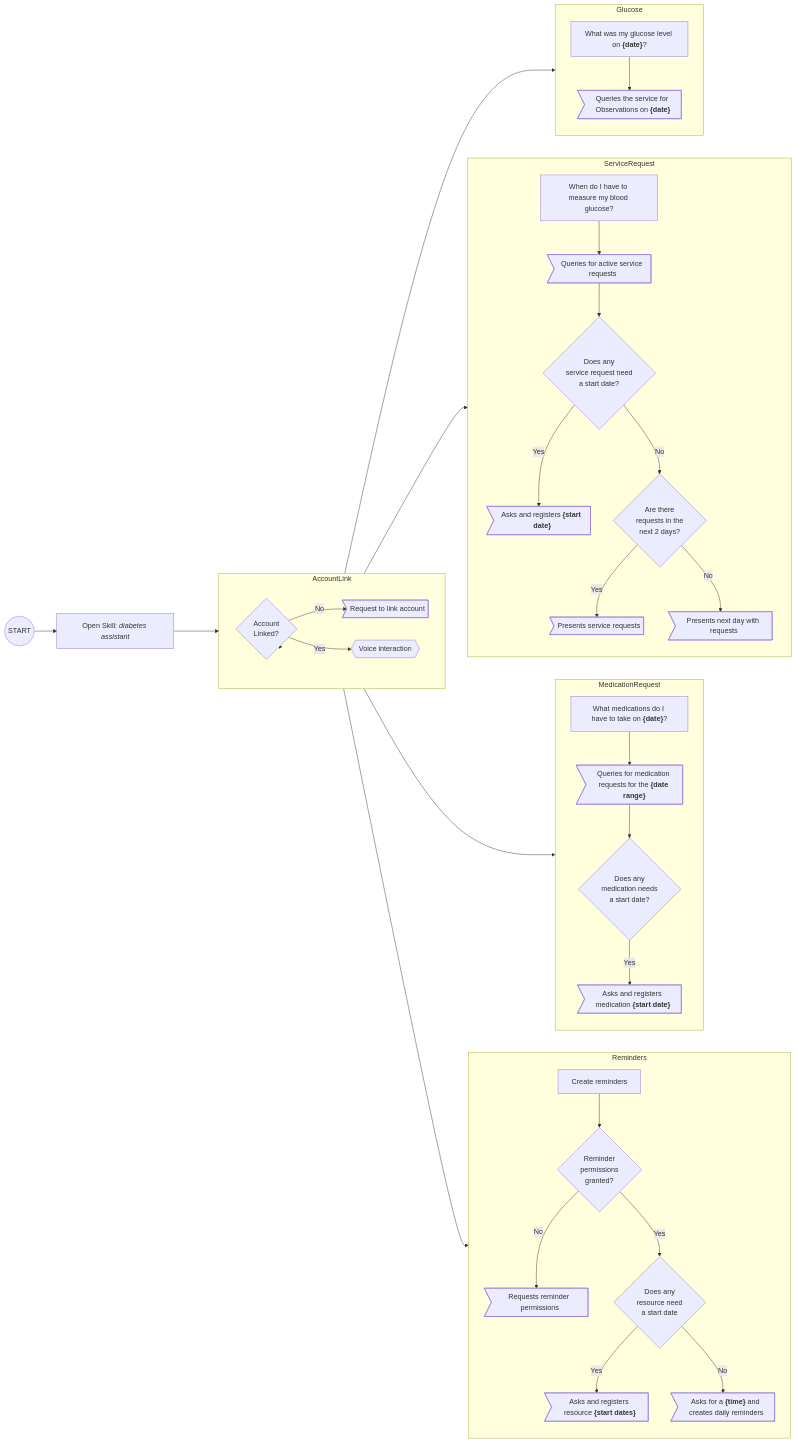
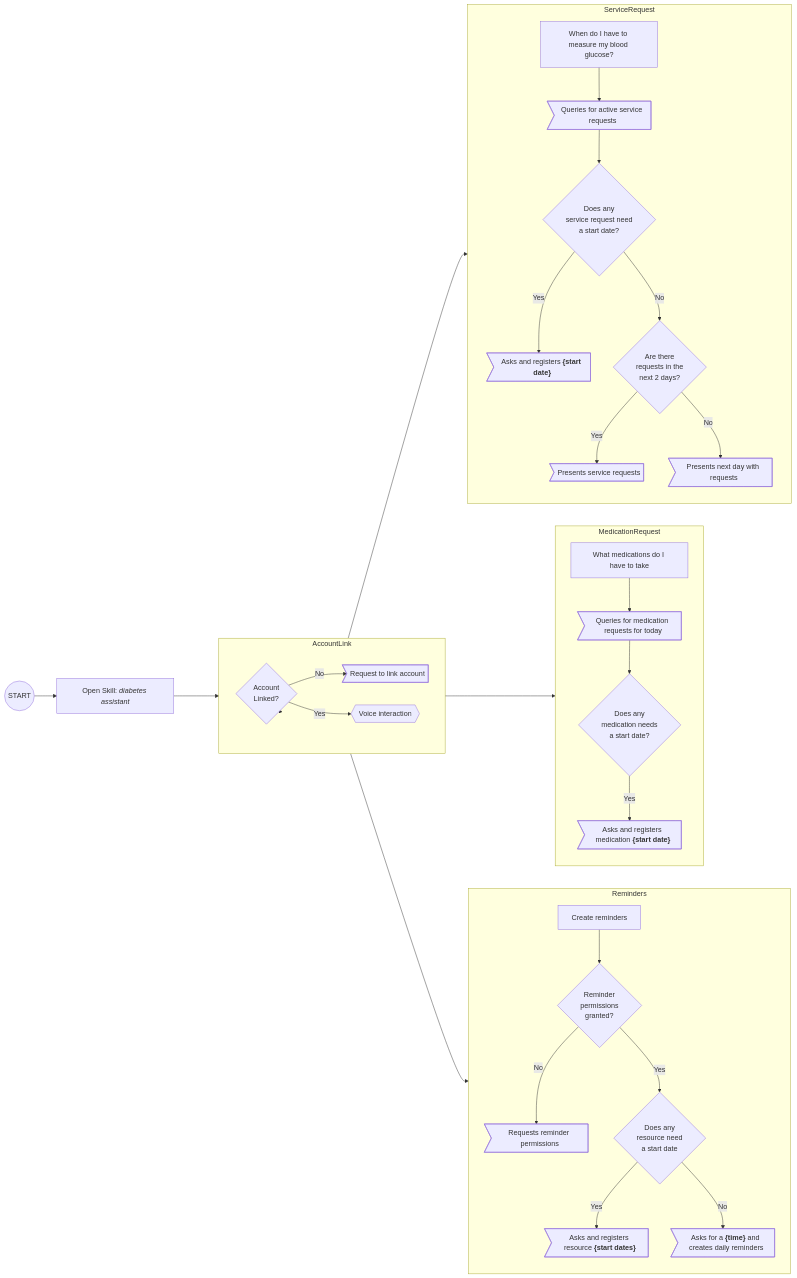
One commit to adonozo/diabetes-assistant-skill changed the fifth of 5 diagrams in alexa-model.md. Above: the diagram before and after it, drawn with Mermaid. The commit also changed other lines of this file, not shown here.

````diff
--- a/alexa-model.md
+++ b/alexa-model.md
@@ -83,74 +72,66 @@
 ```mermaid
 flowchart LR
 
     S((START))
     A1["`Open Skill: *diabetes assistant*`"]
     C1{Account\nLinked?}
     R1>Request to link account]
     VI{{Voice interaction}}
-    R3["`What was my glucose level on **{date}**?`"]
-    A3>"`Queries the service for Observations on **{date}**`"]
-    R4["`What medications do I have to take on **{date}**?`"]
-    A4>"`Queries for medication requests for the **{date range}**`"]
+    R4["`What medications do I have to take`"]
+    A4>"`Queries for medication requests for today`"]
     R5[Create reminders]
     A5A>"`Asks for a **{time}** and creates daily reminders`"]
     C2{Reminder\npermissions\ngranted?}
     A5B>Requests reminder permissions]
     C3{Does any\nmedication needs\na start date?}
     A4B>"`Asks and registers medication **{start date}**`"]
     C4{Does any\nresource need\na start date}
     A6>"`Asks and registers resource **{start dates}**`"]
     R7["When do I have to measure my blood glucose?"]
     A7>"Queries for active service requests"]
     C7{Does any<br>service request need<br>a start date?}
     A7B>"`Asks and registers **{start date}**`"]
     C8{"Are there<br>requests in the<br>next 2 days?"}
     A8A>"Presents service requests"]
     A8B>"Presents next day with requests"]
 
     S --> A1
     A1 ---> C1
 
     AccountLink --> C1
 
     subgraph AccountLink
         direction LR
         C1 -->|No| R1
         C1 -->|Yes| VI
-    end
-
-    VI --> Glucose
-
-    subgraph Glucose
-        R3 --> A3
     end
     
     VI --> ServiceRequest
     
     subgraph ServiceRequest
         R7 --> A7
         A7 --> C7
         C7 -->|Yes| A7B
         C7 -->|No| C8
         C8 -->|Yes| A8A
         C8 -->|No| A8B
     end
 
     VI --> MedicationRequest
 
     subgraph MedicationRequest
         R4 --> A4
         A4 --> C3
         C3 -->|Yes| A4B
     end
 
     VI --> Reminders
 
     subgraph Reminders
         R5 --> C2
         C2 -->|No| A5B
         C2 -->|Yes| C4
         C4 -->|Yes| A6
         C4 -->|No| A5A
     end
 ```
````
